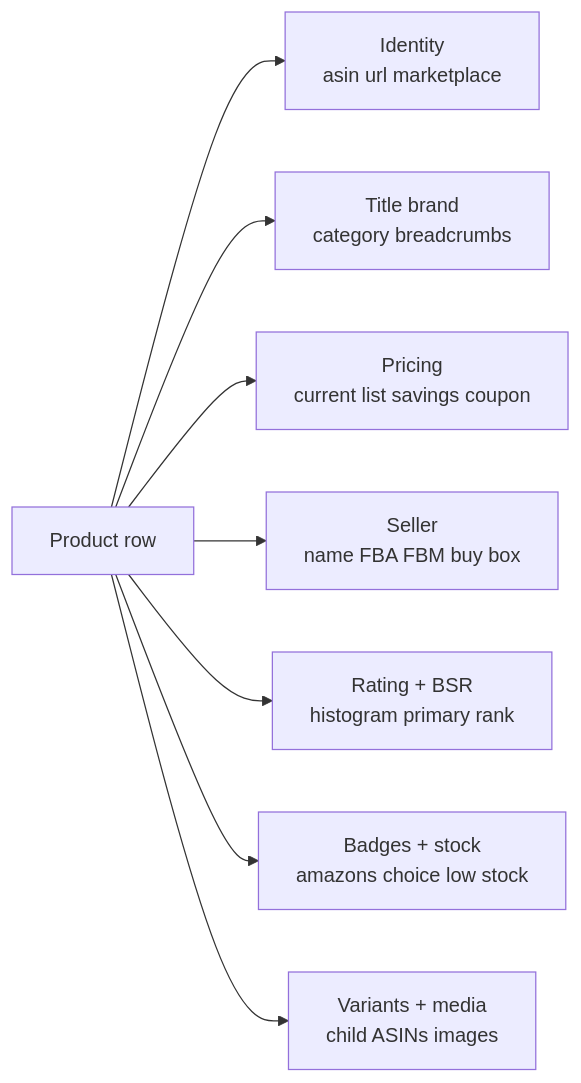
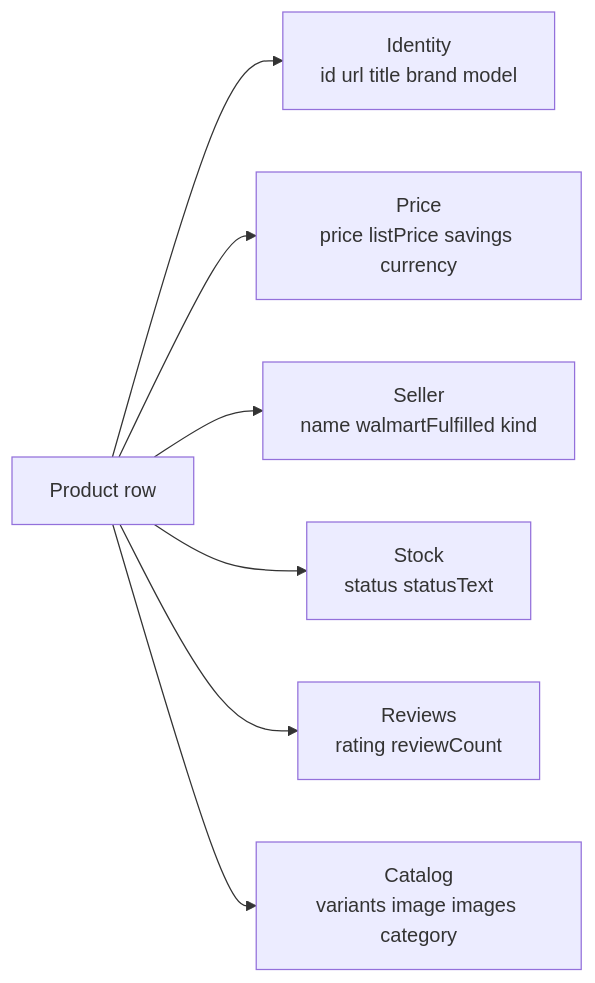
The second of 2 diagrams in actors/amazon-product-scraper/README.md (Ken-Mutisya/scrapemint), drawn with Mermaid before and after one commit. The commit also changed other lines of this file and 4 other files, not shown here.

First line of the commit message:
Pivot amazon-product-scraper slug to Walmart Product Scraper

````diff
--- a/actors/amazon-product-scraper/README.md
+++ b/actors/amazon-product-scraper/README.md
@@ -45,10 +42,9 @@
 ```mermaid
 flowchart LR
-    R[Product row] --> R1[Identity<br/>asin url marketplace]
-    R --> R2[Title brand<br/>category breadcrumbs]
-    R --> R3[Pricing<br/>current list savings coupon]
-    R --> R4[Seller<br/>name FBA FBM buy box]
-    R --> R5[Rating + BSR<br/>histogram primary rank]
-    R --> R6[Badges + stock<br/>amazons choice low stock]
-    R --> R7[Variants + media<br/>child ASINs images]
+    R[Product row] --> R1[Identity<br/>id url title brand model]
+    R --> R2[Price<br/>price listPrice savings currency]
+    R --> R3[Seller<br/>name walmartFulfilled kind]
+    R --> R4[Stock<br/>status statusText]
+    R --> R5[Reviews<br/>rating reviewCount]
+    R --> R6[Catalog<br/>variants image images category]
 ```
````
